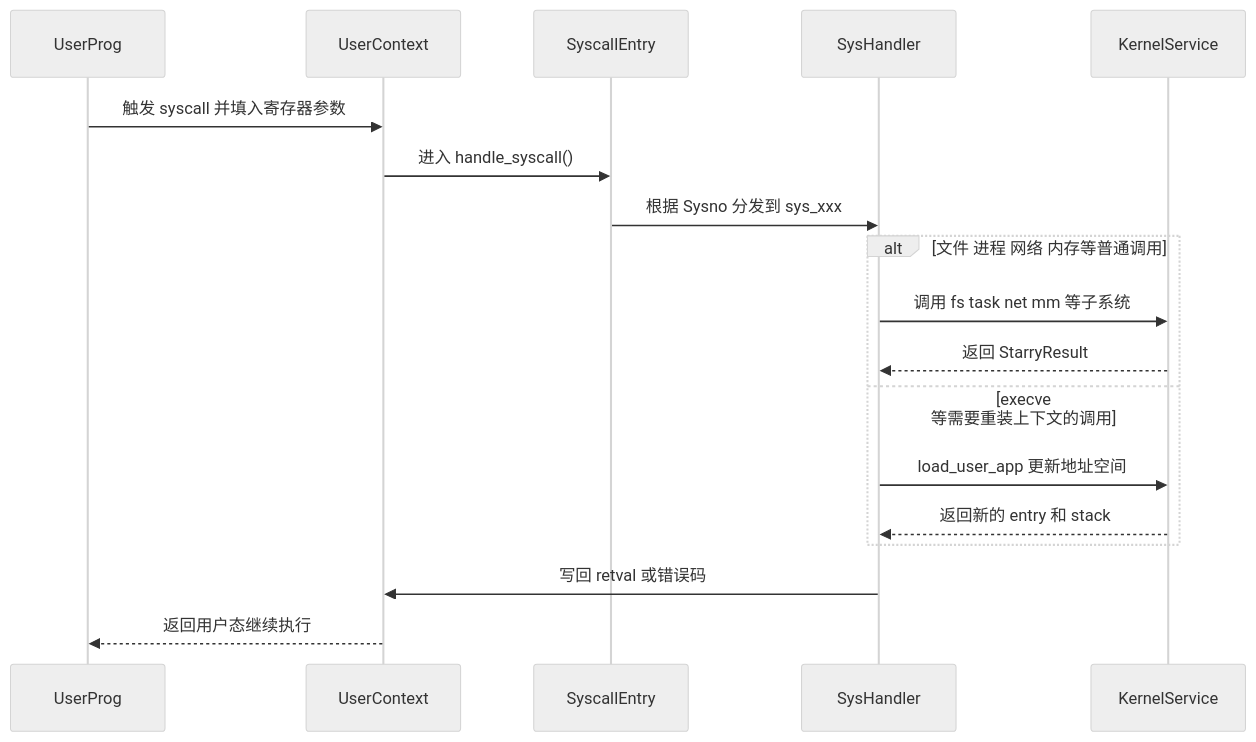
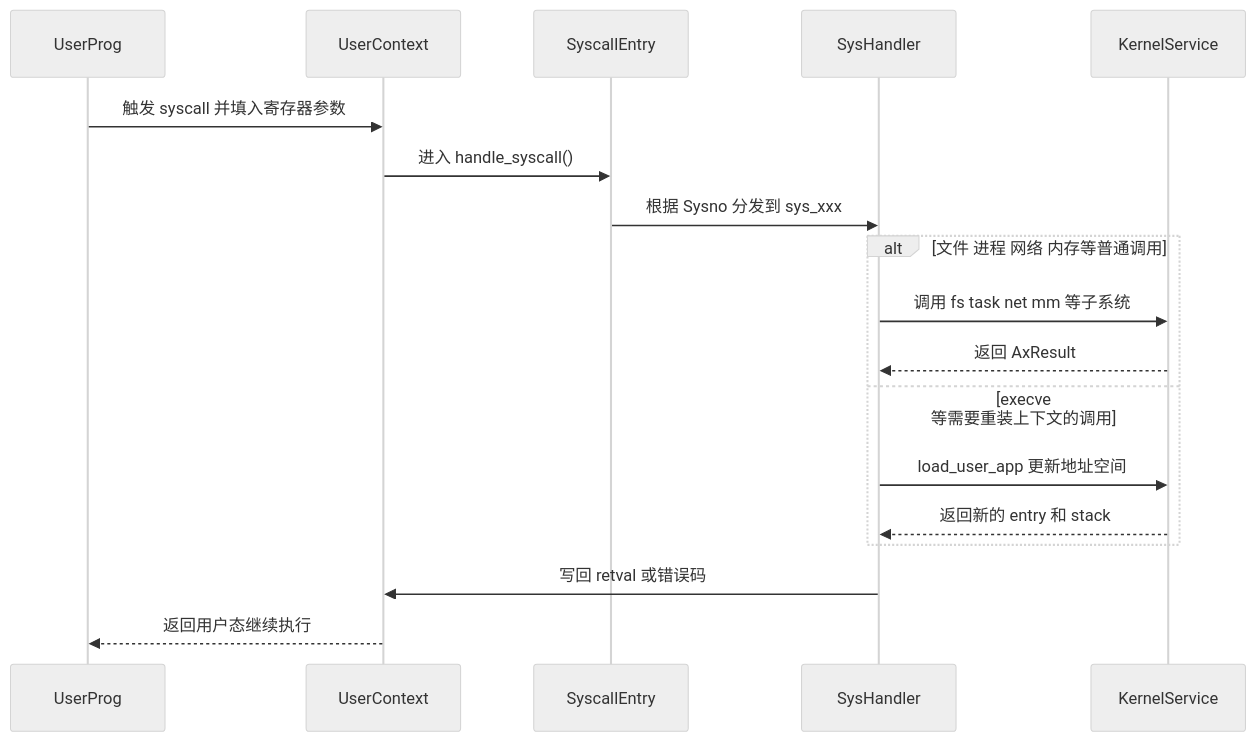
One commit to Dirinkbottle/tgoskits changed the second of 4 diagrams in docs/docs/architecture/starryos/overview.md. Above: the diagram before and after it, drawn with Mermaid (neutral theme). The commit also changed other lines of this file and 3840 other files, not shown here.

````diff
--- a/docs/docs/architecture/starryos/overview.md
+++ b/docs/docs/architecture/starryos/overview.md
@@ -127,21 +130,21 @@
 ```mermaid
 sequenceDiagram
     participant UserProg
     participant UserContext
     participant SyscallEntry
     participant SysHandler
     participant KernelService
 
     UserProg->>UserContext: 触发 syscall 并填入寄存器参数
     UserContext->>SyscallEntry: 进入 handle_syscall()
     SyscallEntry->>SysHandler: 根据 Sysno 分发到 sys_xxx
     alt 文件 进程 网络 内存等普通调用
         SysHandler->>KernelService: 调用 fs task net mm 等子系统
-        KernelService-->>SysHandler: 返回 StarryResult
+        KernelService-->>SysHandler: 返回 AxResult
     else execve 等需要重装上下文的调用
         SysHandler->>KernelService: load_user_app 更新地址空间
         KernelService-->>SysHandler: 返回新的 entry 和 stack
     end
     SysHandler->>UserContext: 写回 retval 或错误码
     UserContext-->>UserProg: 返回用户态继续执行
 ```
````
